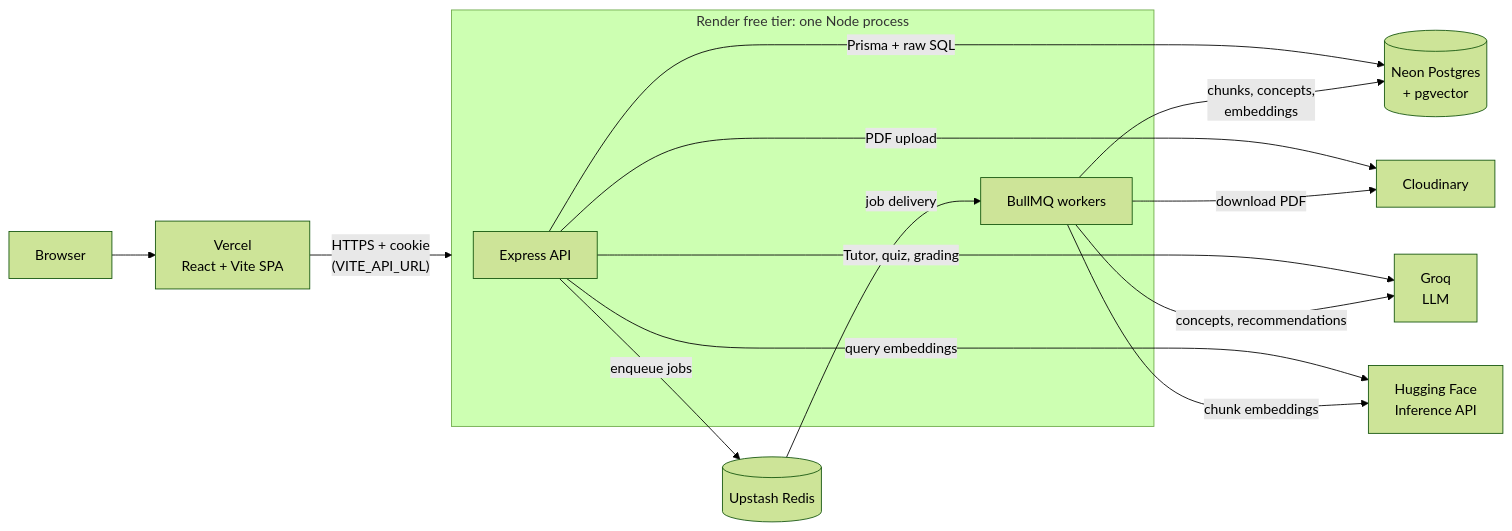
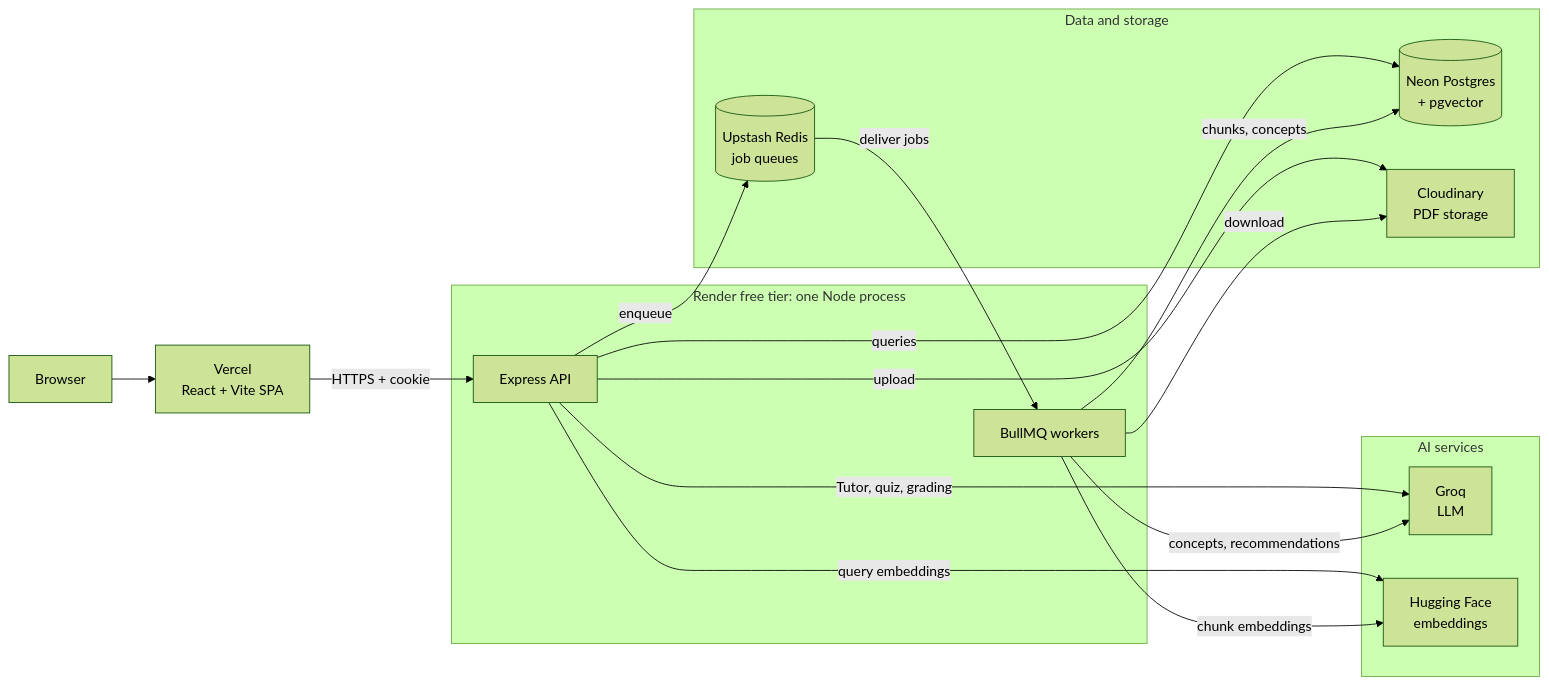
The diagram in README.md (Umeshchandra2024/LearnMate-AI), drawn with Mermaid (forest theme) before and after one commit. The commit also changed other lines of this file, not shown here.

````diff
--- a/README.md
+++ b/README.md
@@ -20,21 +28,32 @@
 ```mermaid
 flowchart LR
-    U[Browser] --> V[Vercel<br/>React + Vite SPA]
-    V -- "HTTPS + cookie<br/>(VITE_API_URL)" --> R
+    U["Browser"] --> V["Vercel<br/>React + Vite SPA"]
+    V -->|"HTTPS + cookie"| A
 
-    subgraph R["Render free tier: one Node process"]
-        A[Express API]
-        W[BullMQ workers]
+    subgraph RENDER["Render free tier: one Node process"]
+        A["Express API"]
+        W["BullMQ workers"]
     end
 
-    A -- "Prisma + raw SQL" --> N[(Neon Postgres<br/>+ pgvector)]
-    W -- "chunks, concepts,<br/>embeddings" --> N
-    A -- "enqueue jobs" --> Q[(Upstash Redis)]
-    Q -- "job delivery" --> W
-    A -- "PDF upload" --> C[Cloudinary]
-    W -- "download PDF" --> C
-    A -- "Tutor, quiz, grading" --> G[Groq<br/>LLM]
-    W -- "concepts, recommendations" --> G
-    A -- "query embeddings" --> H[Hugging Face<br/>Inference API]
-    W -- "chunk embeddings" --> H
+    subgraph DATA["Data and storage"]
+        N[("Neon Postgres<br/>+ pgvector")]
+        Q[("Upstash Redis<br/>job queues")]
+        C["Cloudinary<br/>PDF storage"]
+    end
+
+    subgraph AI["AI services"]
+        G["Groq<br/>LLM"]
+        H["Hugging Face<br/>embeddings"]
+    end
+
+    A -->|"queries"| N
+    W -->|"chunks, concepts"| N
+    A -->|"enqueue"| Q
+    Q -->|"deliver jobs"| W
+    A -->|"upload"| C
+    W -->|"download"| C
+    A -->|"Tutor, quiz, grading"| G
+    W -->|"concepts, recommendations"| G
+    A -->|"query embeddings"| H
+    W -->|"chunk embeddings"| H
 ```
````
